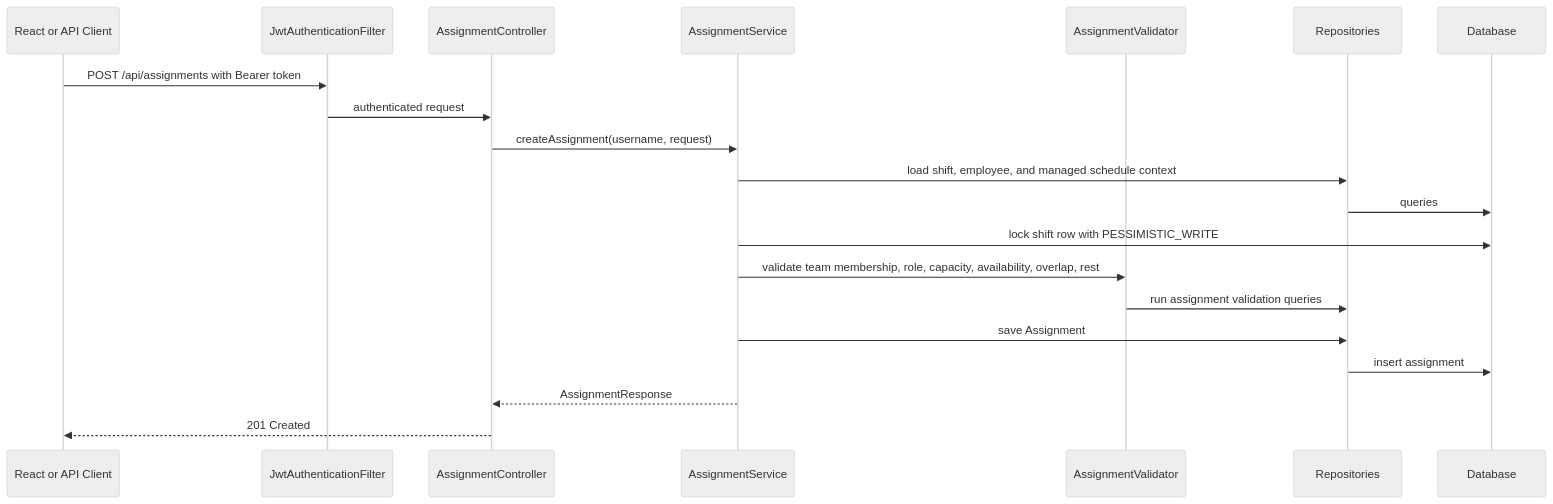
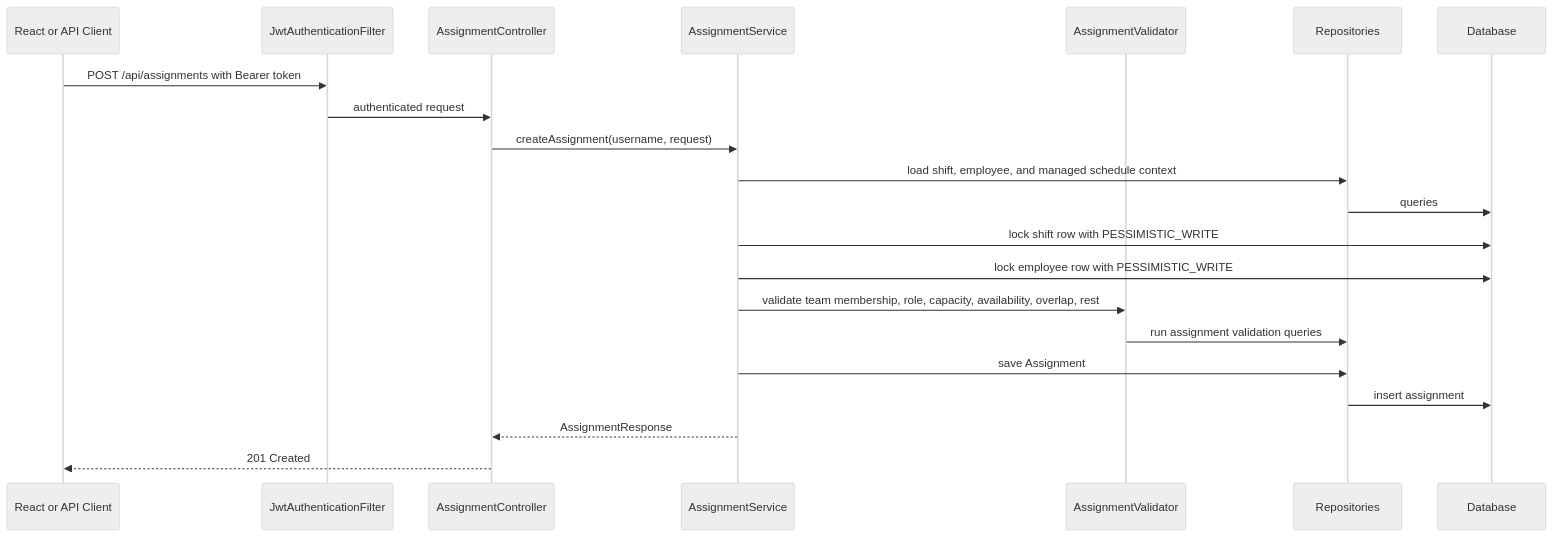
Diagram 14 of 20 in docs/current-backend-architecture.md (HiliMor/shift-management-system), drawn with Mermaid (neutral theme) before and after one commit. The commit also changed other lines of this file and 8 other files, not shown here.

````diff
--- a/docs/current-backend-architecture.md
+++ b/docs/current-backend-architecture.md
@@ -603,23 +603,24 @@
 ```mermaid
 sequenceDiagram
     participant Client as React or API Client
     participant Security as JwtAuthenticationFilter
     participant AssignmentController
     participant AssignmentService
     participant AssignmentValidator
     participant Repositories
     participant Database
 
     Client->>Security: POST /api/assignments with Bearer token
     Security->>AssignmentController: authenticated request
     AssignmentController->>AssignmentService: createAssignment(username, request)
     AssignmentService->>Repositories: load shift, employee, and managed schedule context
     Repositories->>Database: queries
     AssignmentService->>Database: lock shift row with PESSIMISTIC_WRITE
+    AssignmentService->>Database: lock employee row with PESSIMISTIC_WRITE
     AssignmentService->>AssignmentValidator: validate team membership, role, capacity, availability, overlap, rest
     AssignmentValidator->>Repositories: run assignment validation queries
     AssignmentService->>Repositories: save Assignment
     Repositories->>Database: insert assignment
     AssignmentService-->>AssignmentController: AssignmentResponse
     AssignmentController-->>Client: 201 Created
 ```
````
